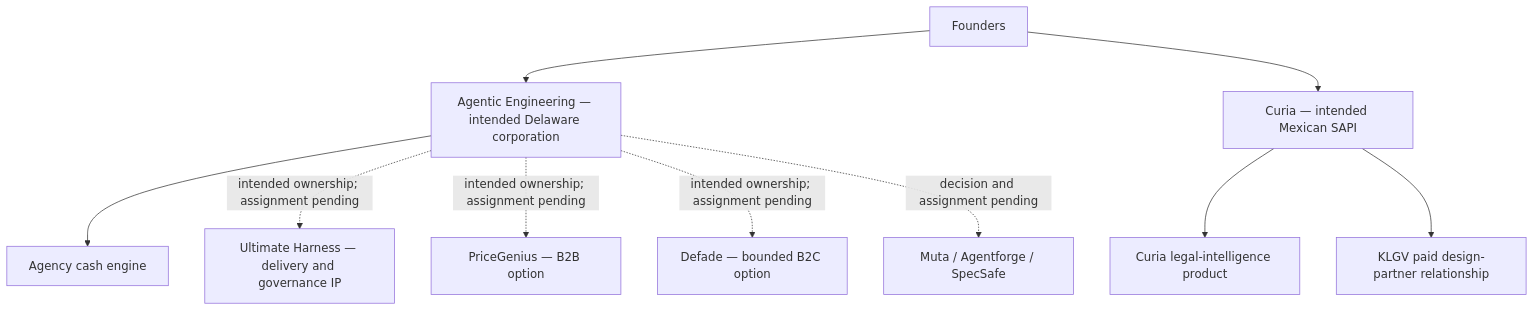
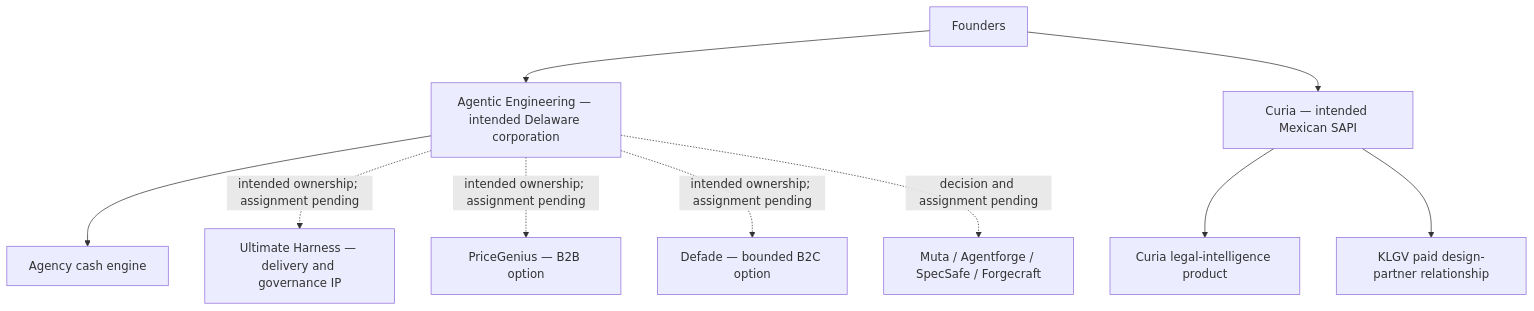
The first of 2 diagrams in articles/portfolio-and-platform-strategy.md (Agentic-Engineering-Agency/agentic-engineering-wiki), drawn with Mermaid before and after one commit. The commit also changed other lines of this file, not shown here.

````diff
--- a/articles/portfolio-and-platform-strategy.md
+++ b/articles/portfolio-and-platform-strategy.md
@@ -25,12 +25,12 @@
 ```mermaid
 flowchart TB
     F["Founders"] --> AE["Agentic Engineering — intended Delaware corporation"]
     F --> C["Curia — intended Mexican SAPI"]
     AE --> A["Agency cash engine"]
     AE -. "intended ownership; assignment pending" .-> UH["Ultimate Harness — delivery and governance IP"]
     AE -. "intended ownership; assignment pending" .-> PG["PriceGenius — B2B option"]
     AE -. "intended ownership; assignment pending" .-> D["Defade — bounded B2C option"]
-    AE -. "decision and assignment pending" .-> M["Muta / Agentforge / SpecSafe"]
+    AE -. "decision and assignment pending" .-> M["Muta / Agentforge / SpecSafe / Forgecraft"]
     C --> CP["Curia legal-intelligence product"]
     C --> KR["KLGV paid design-partner relationship"]
 ```
````
